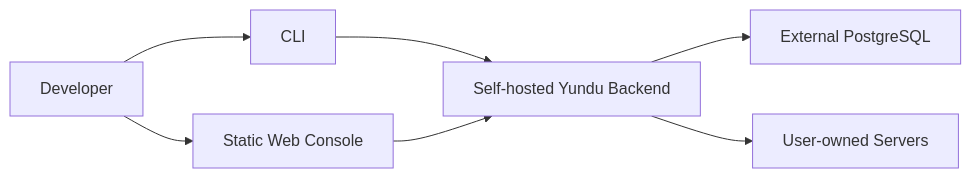
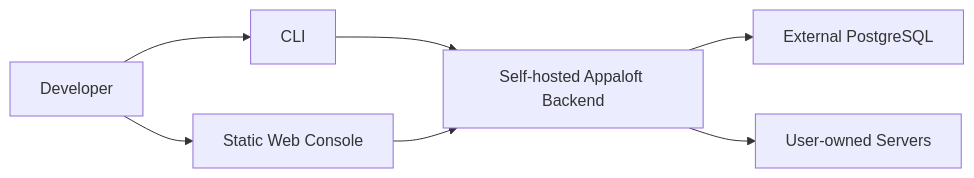
Before and after one commit to appaloft/appaloft: the second of 5 diagrams in docs/ARCHITECTURE.md, drawn with Mermaid. The commit also changed other lines of this file and 470 other files, not shown here.

````diff
--- a/docs/ARCHITECTURE.md
+++ b/docs/ARCHITECTURE.md
@@ -34,9 +34,9 @@
 ```mermaid
 flowchart LR
   Dev["Developer"] --> CLI["CLI"]
   Dev --> Web["Static Web Console"]
-  CLI --> API["Self-hosted Yundu Backend"]
+  CLI --> API["Self-hosted Appaloft Backend"]
   Web --> API
   API --> PG["External PostgreSQL"]
   API --> Targets["User-owned Servers"]
 ```
````
